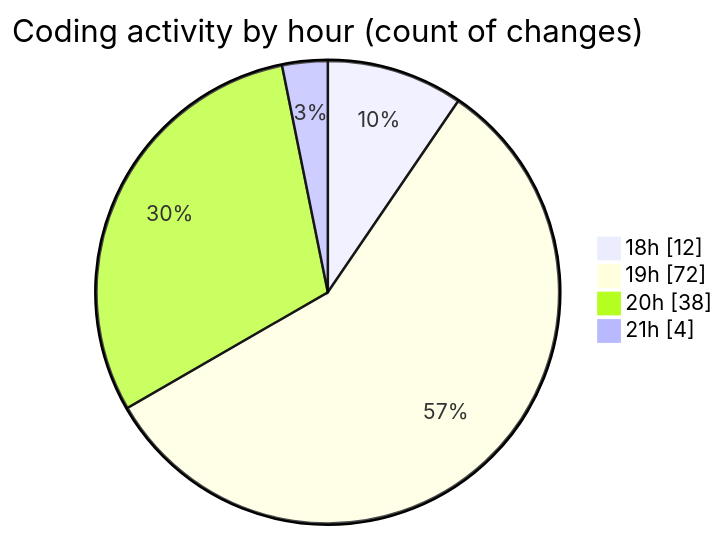
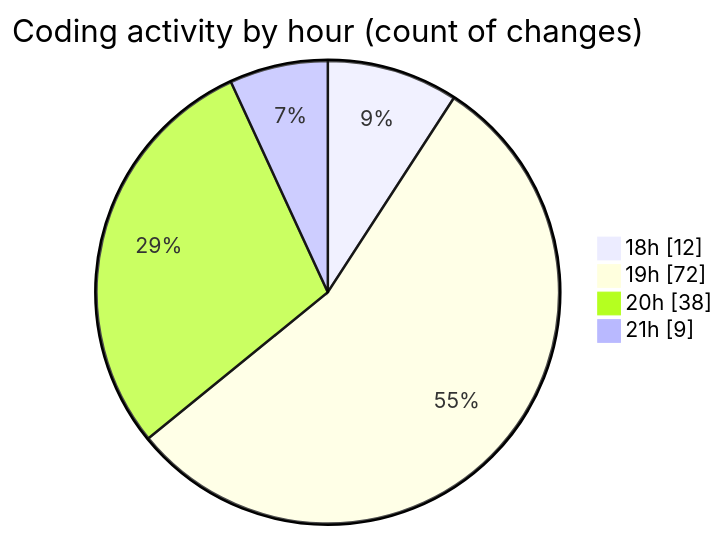
One commit to MatusMokan/code-tracking changed the second of 2 diagrams in 2025-03-14/myws__workspace_/README.md. Above: the diagram before and after it, drawn with Mermaid. The commit also changed other lines of this file and 1 other file, not shown here.

````diff
--- a/2025-03-14/myws__workspace_/README.md
+++ b/2025-03-14/myws__workspace_/README.md
@@ -30,8 +30,8 @@
 ```mermaid
 pie showData
 title Coding activity by hour (count of changes)
 "18h" : 12
 "19h" : 72
 "20h" : 38
-"21h" : 4
+"21h" : 9
 ```
````
